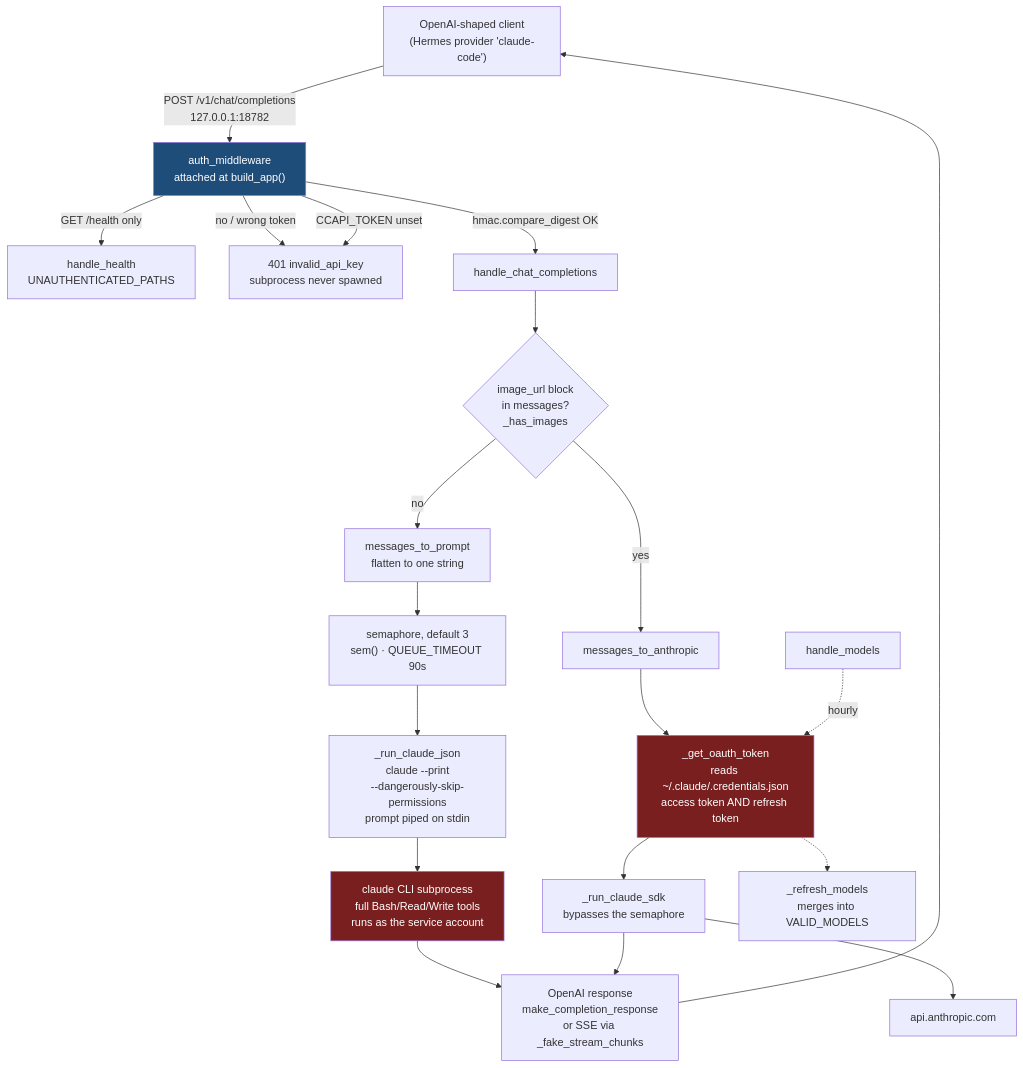
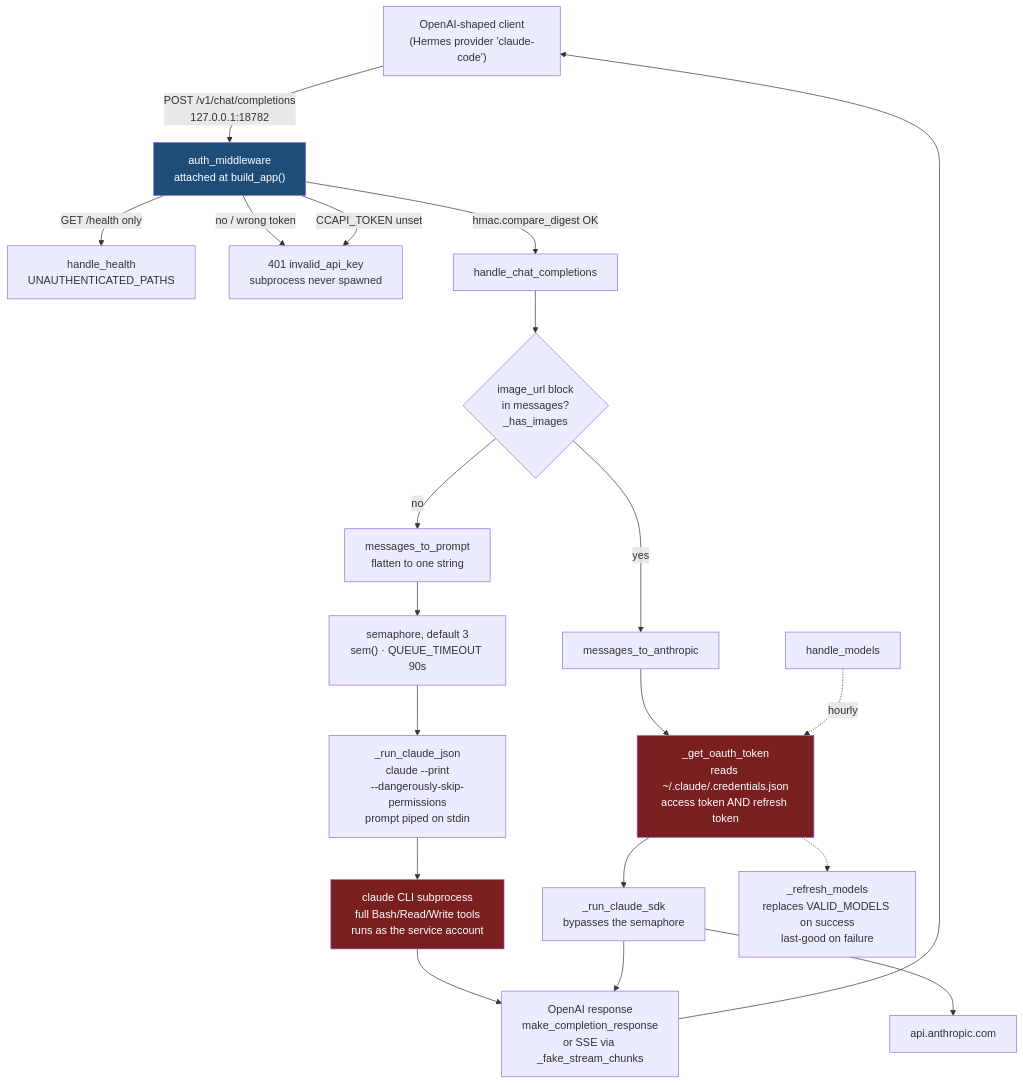
One commit to chefboyrdave21/claude-code-api changed the diagram in SOP.md. Above: the diagram before and after it, drawn with Mermaid. The commit also changed other lines of this file and 3 other files, not shown here.

````diff
--- a/SOP.md
+++ b/SOP.md
@@ -41,32 +41,32 @@
 ```mermaid
 flowchart TD
     C["OpenAI-shaped client<br/>(Hermes provider 'claude-code')"] -->|"POST /v1/chat/completions<br/>127.0.0.1:18782"| MW["auth_middleware<br/>attached at build_app()"]
 
     MW -->|"GET /health only"| HL["handle_health<br/>UNAUTHENTICATED_PATHS"]
     MW -->|"no / wrong token"| E401["401 invalid_api_key<br/>subprocess never spawned"]
     MW -->|"CCAPI_TOKEN unset"| E401
     MW -->|"hmac.compare_digest OK"| H["handle_chat_completions"]
 
     H --> V{"image_url block<br/>in messages?<br/>_has_images"}
 
     V -->|no| P["messages_to_prompt<br/>flatten to one string"]
     P --> S["semaphore, default 3<br/>sem() · QUEUE_TIMEOUT 90s"]
     S --> X["_run_claude_json<br/>claude --print<br/>--dangerously-skip-permissions<br/>prompt piped on stdin"]
     X --> CLI["claude CLI subprocess<br/>full Bash/Read/Write tools<br/>runs as the service account"]
 
     V -->|yes| A["messages_to_anthropic"]
     A --> K["_get_oauth_token<br/>reads ~/.claude/.credentials.json<br/>access token AND refresh token"]
     K --> SDK["_run_claude_sdk<br/>bypasses the semaphore"]
     SDK --> API["api.anthropic.com"]
 
     CLI --> R["OpenAI response<br/>make_completion_response<br/>or SSE via _fake_stream_chunks"]
     SDK --> R
     R --> C
 
     M["handle_models"] -.->|"hourly"| K
-    K -.-> D["_refresh_models<br/>merges into VALID_MODELS"]
+    K -.-> D["_refresh_models<br/>replaces VALID_MODELS on success<br/>last-good on failure"]
 
     style MW fill:#1f4d7a,color:#fff
     style CLI fill:#7a1f1f,color:#fff
     style K fill:#7a1f1f,color:#fff
 ```
````
